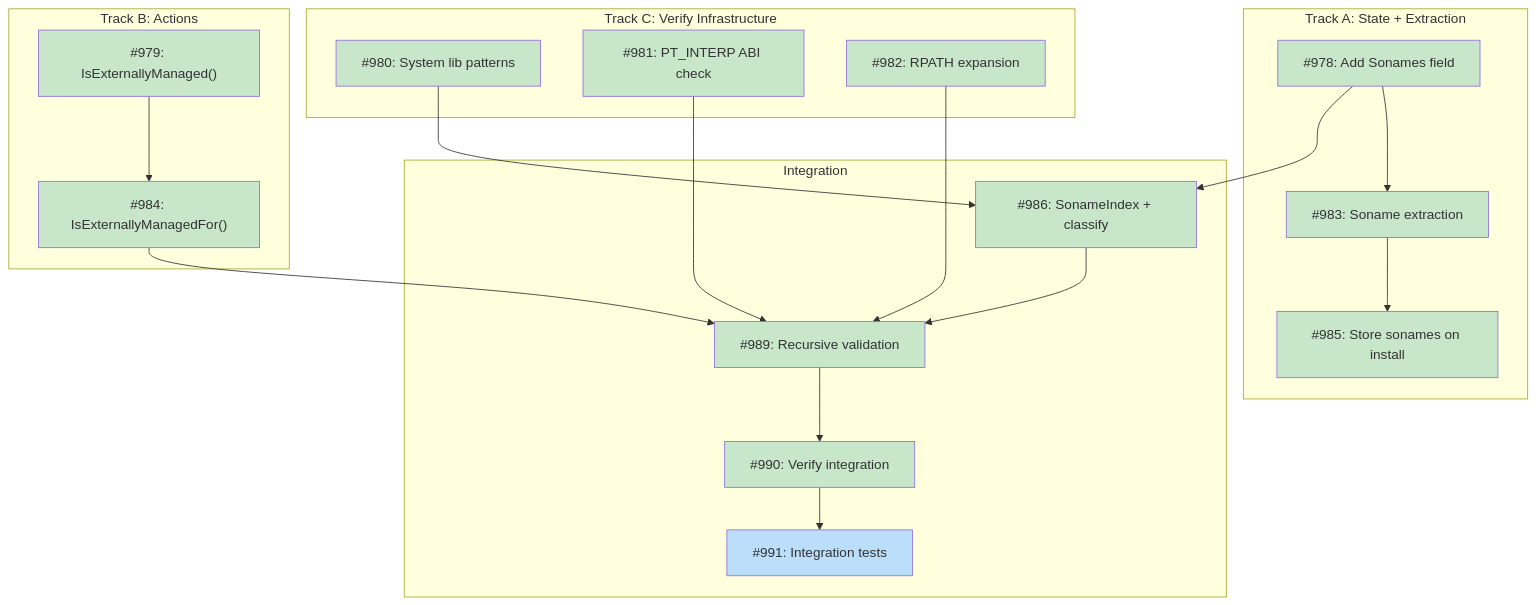
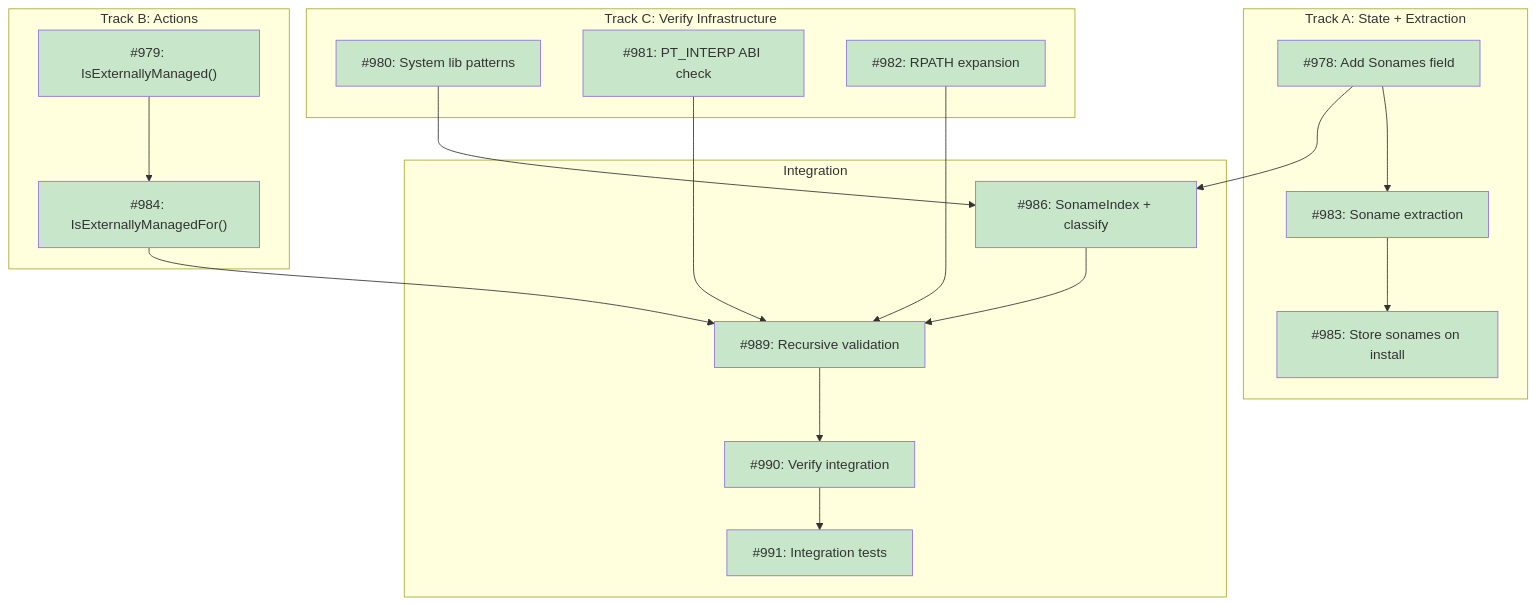
Before and after one commit to tsukumogami/tsuku: the diagram in docs/designs/DESIGN-library-verify-deps.md, drawn with Mermaid. The commit also changed 3 other files, not shown here.

````diff
--- a/docs/designs/DESIGN-library-verify-deps.md
+++ b/docs/designs/DESIGN-library-verify-deps.md
@@ -26,46 +26,45 @@
 ```mermaid
 graph TD
     subgraph TrackA["Track A: State + Extraction"]
         I978["#978: Add Sonames field"]
         I983["#983: Soname extraction"]
         I985["#985: Store sonames on install"]
     end
 
     subgraph TrackB["Track B: Actions"]
         I979["#979: IsExternallyManaged()"]
         I984["#984: IsExternallyManagedFor()"]
     end
 
     subgraph TrackC["Track C: Verify Infrastructure"]
         I980["#980: System lib patterns"]
         I981["#981: PT_INTERP ABI check"]
         I982["#982: RPATH expansion"]
     end
 
     subgraph Integration["Integration"]
         I986["#986: SonameIndex + classify"]
         I989["#989: Recursive validation"]
         I990["#990: Verify integration"]
         I991["#991: Integration tests"]
     end
 
     I978 --> I983
     I983 --> I985
     I979 --> I984
     I978 --> I986
     I980 --> I986
     I981 --> I989
     I982 --> I989
     I984 --> I989
     I986 --> I989
     I989 --> I990
     I990 --> I991
 
     classDef done fill:#c8e6c9
     classDef ready fill:#bbdefb
     classDef blocked fill:#fff9c4
     classDef needsDesign fill:#e1bee7
 
-    class I978,I979,I980,I981,I982,I983,I984,I985,I986,I989,I990 done
-    class I991 ready
+    class I978,I979,I980,I981,I982,I983,I984,I985,I986,I989,I990,I991 done
 ```
````
